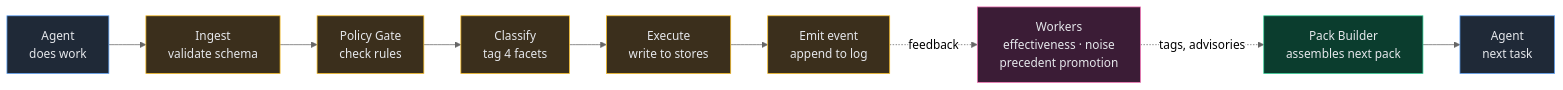
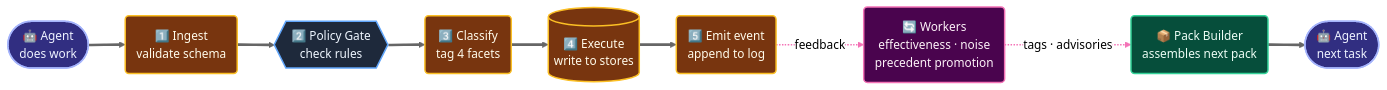
Before and after one commit to ronsse/trellis-ai: the fifth of 6 diagrams in README.md, drawn with Mermaid (neutral theme). The commit also changed other lines of this file, not shown here.

First line of the commit message:
docs(readme): redesign all six diagrams for readability

````diff
--- a/README.md
+++ b/README.md
@@ -229,21 +236,25 @@
 ```mermaid
+%%{init: {"flowchart": {"curve": "basis"}}}%%
 flowchart LR
-    A["Agent<br/>does work"] --> I["Ingest<br/>validate schema"]
-    I --> PG["Policy Gate<br/>check rules"]
-    PG --> CL["Classify<br/>tag 4 facets"]
-    CL --> EX["Execute<br/>write to stores"]
-    EX --> EV["Emit event<br/>append to log"]
+    A(["🤖 Agent<br/>does work"]) ==> I("1️⃣ Ingest<br/>validate schema")
+    I ==> PG{{"2️⃣ Policy Gate<br/>check rules"}}
+    PG ==> CL("3️⃣ Classify<br/>tag 4 facets")
+    CL ==> EX[("4️⃣ Execute<br/>write to stores")]
+    EX ==> EV("5️⃣ Emit event<br/>append to log")
 
-    EV -. feedback .-> W["Workers<br/>effectiveness · noise<br/>precedent promotion"]
-    W -. tags, advisories .-> PBx["Pack Builder<br/>assembles next pack"]
-    PBx --> A2["Agent<br/>next task"]
+    EV -. feedback .-> W("🔄 Workers<br/>effectiveness · noise<br/>precedent promotion")
+    W -. "tags · advisories" .-> PBx("📦 Pack Builder<br/>assembles next pack")
+    PBx ==> A2(["🤖 Agent<br/>next task"])
 
-    classDef agent fill:#1f2937,stroke:#60a5fa,color:#e5e7eb;
-    classDef write fill:#3b2f1c,stroke:#fbbf24,color:#e5e7eb;
-    classDef read fill:#0b3d2e,stroke:#34d399,color:#e5e7eb;
-    classDef worker fill:#3b1c36,stroke:#f472b6,color:#e5e7eb;
+    classDef agent fill:#312e81,stroke:#a5b4fc,stroke-width:2px,color:#eef2ff;
+    classDef write fill:#78350f,stroke:#fbbf24,stroke-width:2px,color:#fffbeb;
+    classDef gate fill:#1e293b,stroke:#60a5fa,stroke-width:2px,color:#eff6ff;
+    classDef read fill:#064e3b,stroke:#34d399,stroke-width:2px,color:#ecfdf5;
+    classDef worker fill:#4a044e,stroke:#f472b6,stroke-width:2px,color:#fdf2f8;
     class A,A2 agent;
-    class I,PG,CL,EX,EV write;
+    class I,CL,EX,EV write;
+    class PG gate;
     class PBx read;
     class W worker;
+    linkStyle 5,6 stroke:#f472b6,stroke-width:2px;
 ```
````
